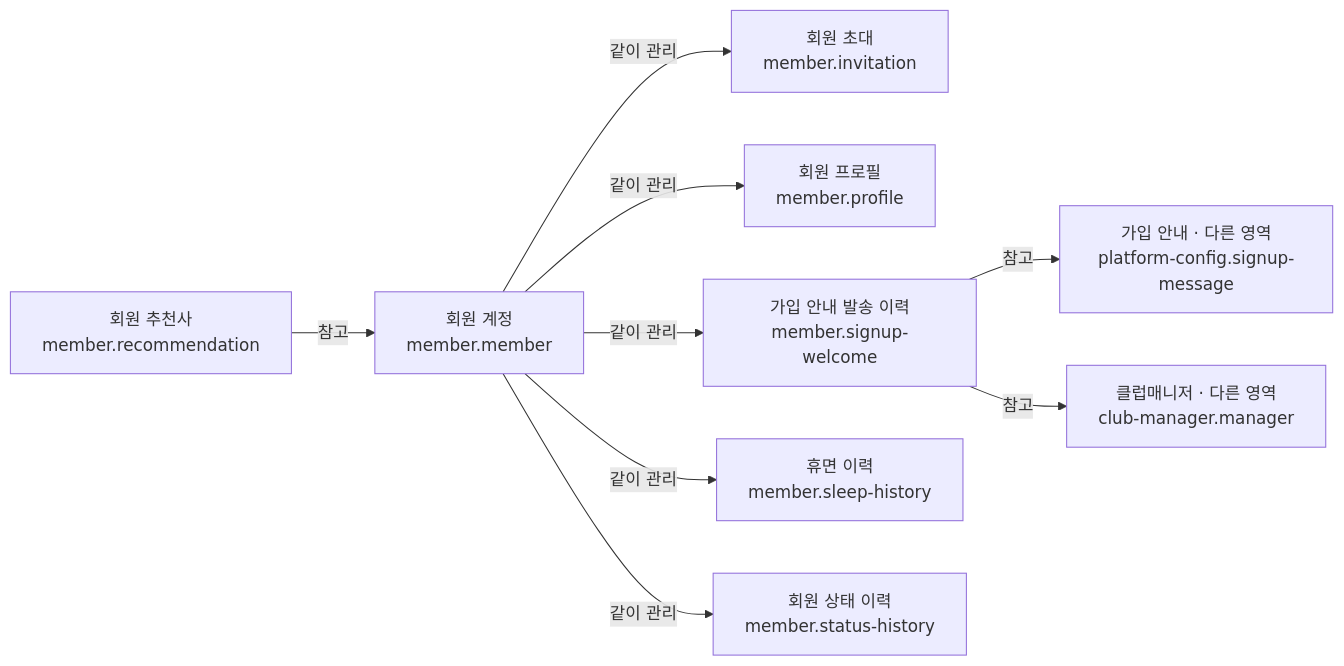
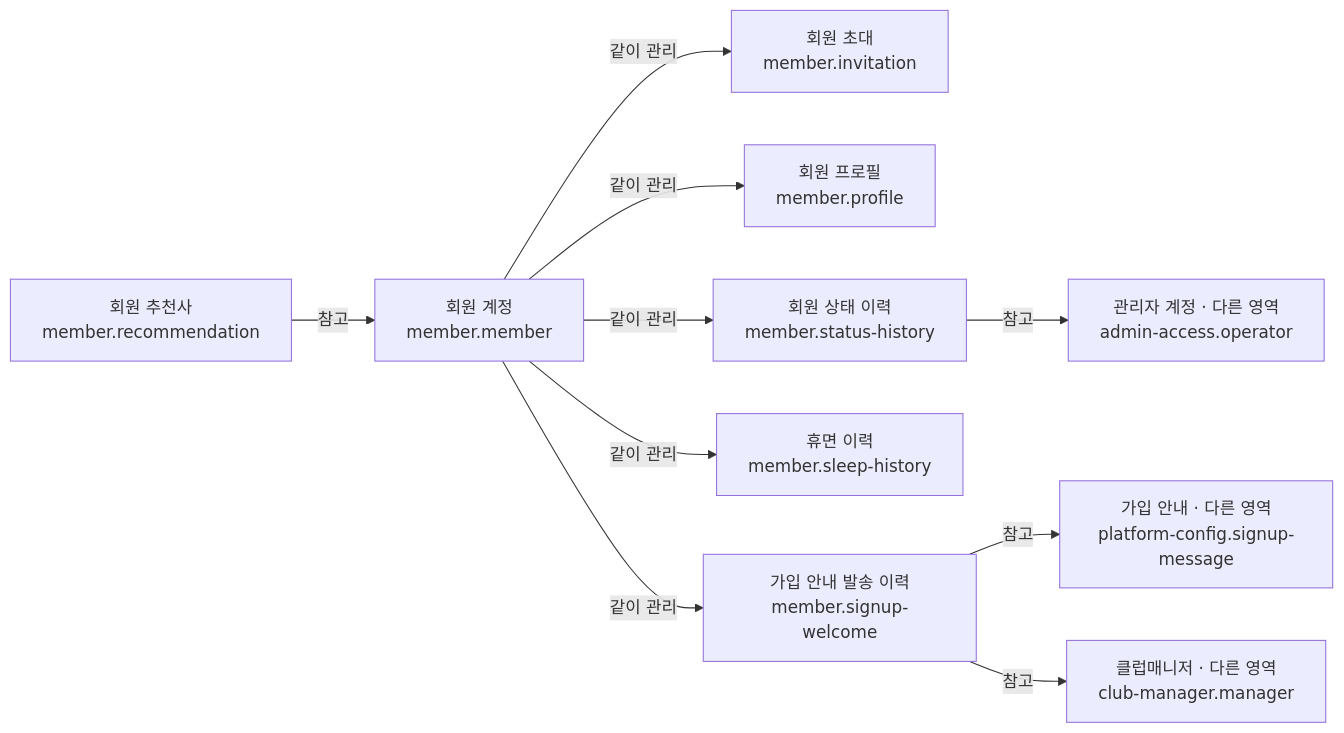
Before and after one commit to coupler-developer/docs: the first of 2 diagrams in content/architecture/member-lifecycle.md, drawn with Mermaid. The commit also changed other lines of this file and 3 other files, not shown here.

````diff
--- a/content/architecture/member-lifecycle.md
+++ b/content/architecture/member-lifecycle.md
@@ -24,20 +24,22 @@
 ```mermaid
 flowchart LR
+    entity_admin_dash_access_dot_operator["관리자 계정 · 다른 영역<br/>admin-access.operator"]
     entity_club_dash_manager_dot_manager["클럽매니저 · 다른 영역<br/>club-manager.manager"]
     entity_member_dot_invitation["회원 초대<br/>member.invitation"]
     entity_member_dot_member["회원 계정<br/>member.member"]
     entity_member_dot_profile["회원 프로필<br/>member.profile"]
     entity_member_dot_recommendation["회원 추천사<br/>member.recommendation"]
     entity_member_dot_signup_dash_welcome["가입 안내 발송 이력<br/>member.signup-welcome"]
     entity_member_dot_sleep_dash_history["휴면 이력<br/>member.sleep-history"]
     entity_member_dot_status_dash_history["회원 상태 이력<br/>member.status-history"]
     entity_platform_dash_config_dot_signup_dash_message["가입 안내 · 다른 영역<br/>platform-config.signup-message"]
     entity_member_dot_member -->|"같이 관리"| entity_member_dot_profile
     entity_member_dot_member -->|"같이 관리"| entity_member_dot_status_dash_history
+    entity_member_dot_status_dash_history -->|"참고"| entity_admin_dash_access_dot_operator
     entity_member_dot_member -->|"같이 관리"| entity_member_dot_sleep_dash_history
     entity_member_dot_member -->|"같이 관리"| entity_member_dot_invitation
     entity_member_dot_recommendation -->|"참고"| entity_member_dot_member
     entity_member_dot_member -->|"같이 관리"| entity_member_dot_signup_dash_welcome
     entity_member_dot_signup_dash_welcome -->|"참고"| entity_platform_dash_config_dot_signup_dash_message
     entity_member_dot_signup_dash_welcome -->|"참고"| entity_club_dash_manager_dot_manager
 ```
````
